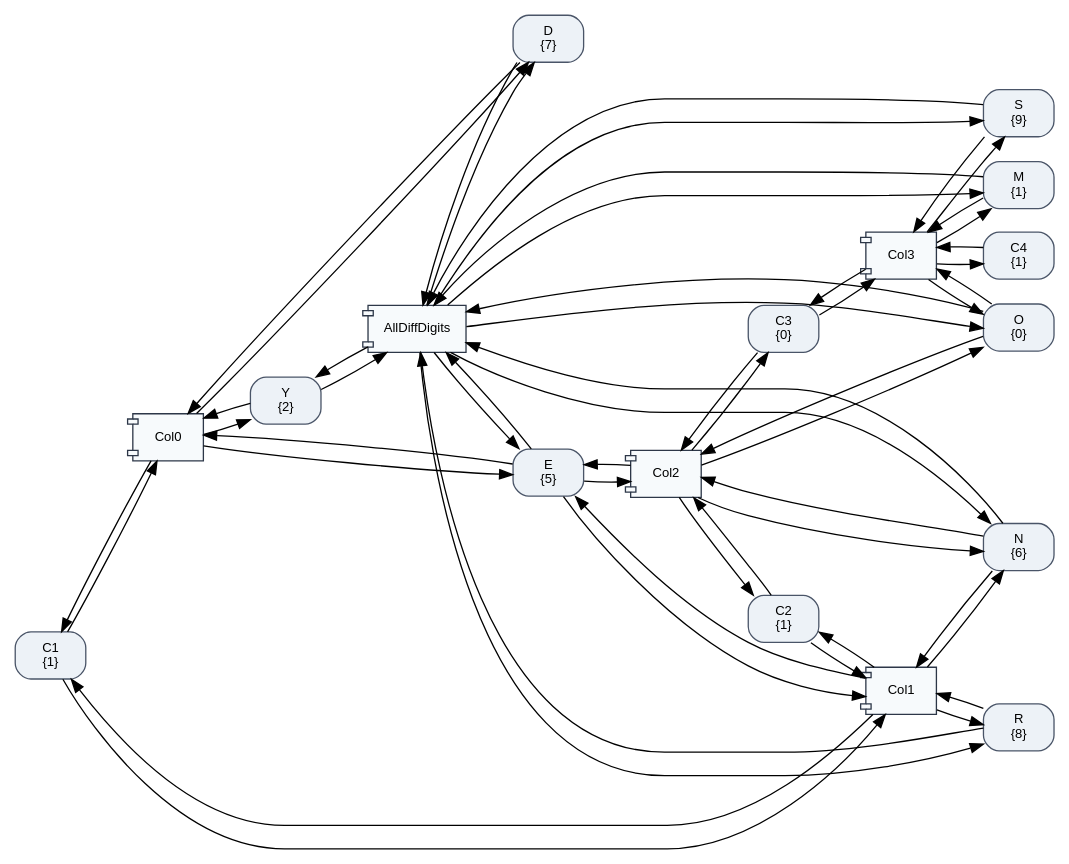
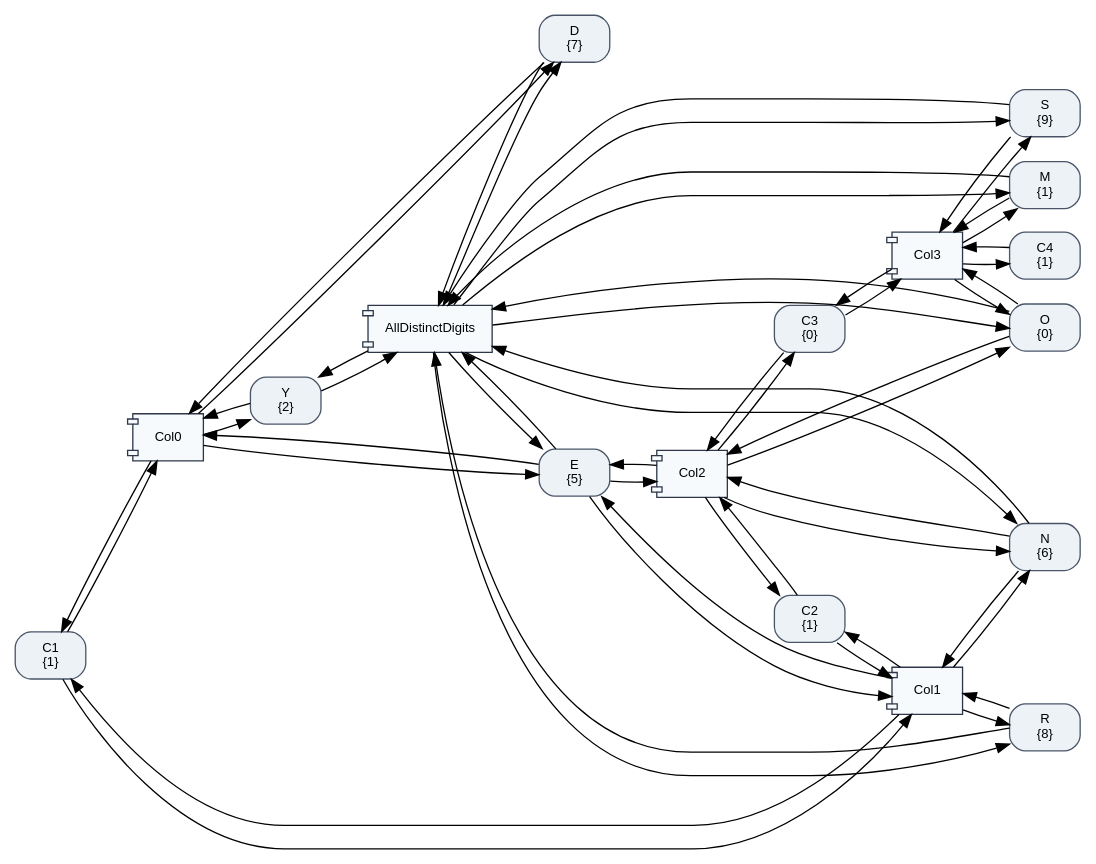
Before and after one commit to dougransom/lattice-propagator: the diagram in docs/assets/cryptarithmetic_network.dot, drawn with Graphviz. The commit also changed 39 other files, not shown here.

First line of the commit message:
feat(primitives,docs): add AllDistinctPropagator, DelayedPropagator, tree_reduce/tree_sum, polymorphic graph, and relocate schematics

```diff
--- a/docs/assets/cryptarithmetic_network.dot
+++ b/docs/assets/cryptarithmetic_network.dot
@@ -1,78 +1,78 @@
 digraph "SendMoreMoney" {
   rankdir="LR";
   node [fontname="Helvetica", fontsize=10];
   edge [fontname="Helvetica", fontsize=9];
 
   C_C1 [label="C1\n{1}", shape=box, style="filled,rounded", fillcolor="#edf2f7", color="#4a5568"];
   C_C2 [label="C2\n{1}", shape=box, style="filled,rounded", fillcolor="#edf2f7", color="#4a5568"];
   C_C3 [label="C3\n{0}", shape=box, style="filled,rounded", fillcolor="#edf2f7", color="#4a5568"];
   C_C4 [label="C4\n{1}", shape=box, style="filled,rounded", fillcolor="#edf2f7", color="#4a5568"];
   C_D [label="D\n{7}", shape=box, style="filled,rounded", fillcolor="#edf2f7", color="#4a5568"];
   C_E [label="E\n{5}", shape=box, style="filled,rounded", fillcolor="#edf2f7", color="#4a5568"];
   C_M [label="M\n{1}", shape=box, style="filled,rounded", fillcolor="#edf2f7", color="#4a5568"];
   C_N [label="N\n{6}", shape=box, style="filled,rounded", fillcolor="#edf2f7", color="#4a5568"];
   C_O [label="O\n{0}", shape=box, style="filled,rounded", fillcolor="#edf2f7", color="#4a5568"];
   C_R [label="R\n{8}", shape=box, style="filled,rounded", fillcolor="#edf2f7", color="#4a5568"];
   C_S [label="S\n{9}", shape=box, style="filled,rounded", fillcolor="#edf2f7", color="#4a5568"];
   C_Y [label="Y\n{2}", shape=box, style="filled,rounded", fillcolor="#edf2f7", color="#4a5568"];
-  P_AllDiffDigits [label="AllDiffDigits", shape=component, style=filled, fillcolor="#f7fafc", color="#2d3748"];
+  P_AllDistinctDigits [label="AllDistinctDigits", shape=component, style=filled, fillcolor="#f7fafc", color="#2d3748"];
   P_Col0 [label="Col0", shape=component, style=filled, fillcolor="#f7fafc", color="#2d3748"];
   P_Col1 [label="Col1", shape=component, style=filled, fillcolor="#f7fafc", color="#2d3748"];
   P_Col2 [label="Col2", shape=component, style=filled, fillcolor="#f7fafc", color="#2d3748"];
   P_Col3 [label="Col3", shape=component, style=filled, fillcolor="#f7fafc", color="#2d3748"];
 
-  C_S -> P_AllDiffDigits;
-  C_E -> P_AllDiffDigits;
-  C_N -> P_AllDiffDigits;
-  C_D -> P_AllDiffDigits;
-  C_M -> P_AllDiffDigits;
-  C_O -> P_AllDiffDigits;
-  C_R -> P_AllDiffDigits;
-  C_Y -> P_AllDiffDigits;
-  P_AllDiffDigits -> C_S;
-  P_AllDiffDigits -> C_E;
-  P_AllDiffDigits -> C_N;
-  P_AllDiffDigits -> C_D;
-  P_AllDiffDigits -> C_M;
-  P_AllDiffDigits -> C_O;
-  P_AllDiffDigits -> C_R;
-  P_AllDiffDigits -> C_Y;
+  C_S -> P_AllDistinctDigits;
+  C_E -> P_AllDistinctDigits;
+  C_N -> P_AllDistinctDigits;
+  C_D -> P_AllDistinctDigits;
+  C_M -> P_AllDistinctDigits;
+  C_O -> P_AllDistinctDigits;
+  C_R -> P_AllDistinctDigits;
+  C_Y -> P_AllDistinctDigits;
+  P_AllDistinctDigits -> C_S;
+  P_AllDistinctDigits -> C_E;
+  P_AllDistinctDigits -> C_N;
+  P_AllDistinctDigits -> C_D;
+  P_AllDistinctDigits -> C_M;
+  P_AllDistinctDigits -> C_O;
+  P_AllDistinctDigits -> C_R;
+  P_AllDistinctDigits -> C_Y;
   C_D -> P_Col0;
   C_E -> P_Col0;
   C_Y -> P_Col0;
   C_C1 -> P_Col0;
   P_Col0 -> C_D;
   P_Col0 -> C_E;
   P_Col0 -> C_Y;
   P_Col0 -> C_C1;
   C_N -> P_Col1;
   C_R -> P_Col1;
   C_C1 -> P_Col1;
   C_E -> P_Col1;
   C_C2 -> P_Col1;
   P_Col1 -> C_N;
   P_Col1 -> C_R;
   P_Col1 -> C_C1;
   P_Col1 -> C_E;
   P_Col1 -> C_C2;
   C_E -> P_Col2;
   C_O -> P_Col2;
   C_C2 -> P_Col2;
   C_N -> P_Col2;
   C_C3 -> P_Col2;
   P_Col2 -> C_E;
   P_Col2 -> C_O;
   P_Col2 -> C_C2;
   P_Col2 -> C_N;
   P_Col2 -> C_C3;
   C_S -> P_Col3;
   C_M -> P_Col3;
   C_C3 -> P_Col3;
   C_O -> P_Col3;
   C_C4 -> P_Col3;
   P_Col3 -> C_S;
   P_Col3 -> C_M;
   P_Col3 -> C_C3;
   P_Col3 -> C_O;
   P_Col3 -> C_C4;
 }
```
